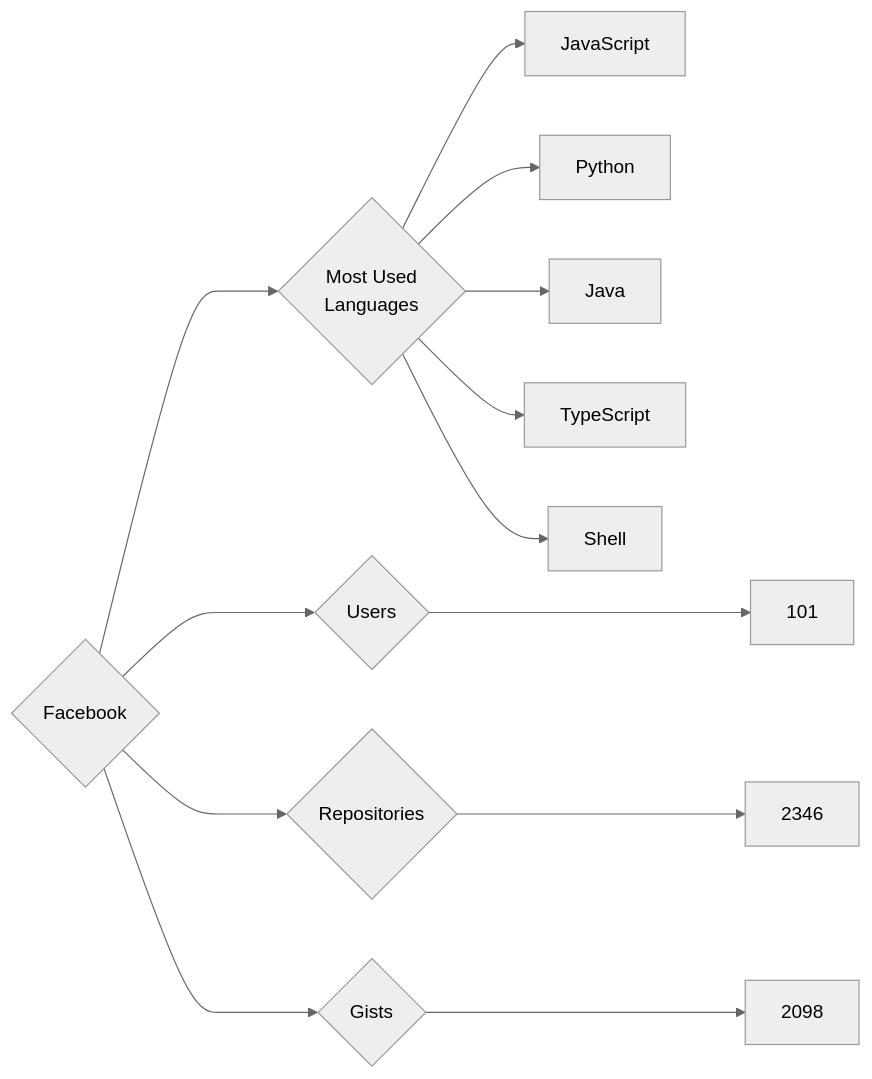
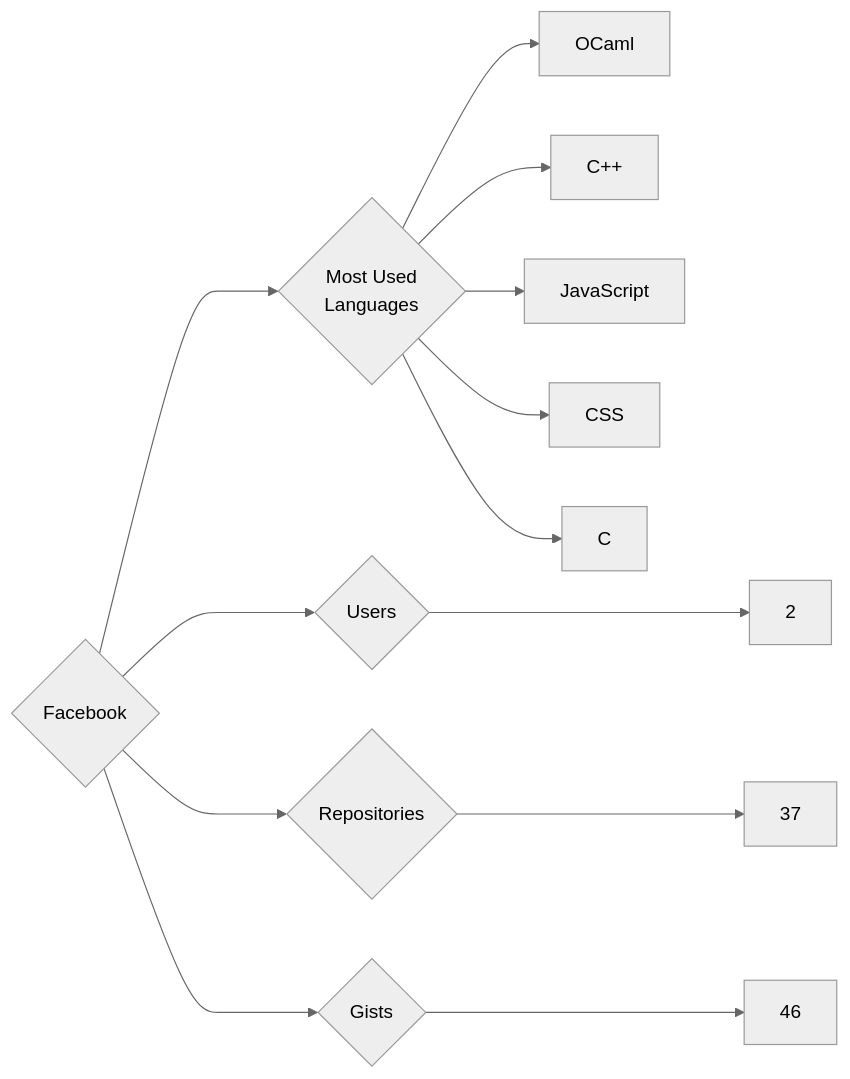
One commit to trickest/insiders changed the diagram in targets/Facebook/README.md. Above: the diagram before and after it, drawn with Mermaid (neutral theme). The commit also changed 934 other files, not shown here.

````diff
--- a/targets/Facebook/README.md
+++ b/targets/Facebook/README.md
@@ -3,13 +3,13 @@
 ```mermaid
 graph LR
 COMPANY_NAME{Facebook}
-COMPANY_NAME ---> U{Users} ---> UN[101]
-COMPANY_NAME ---> R{Repositories} ---> RN[2346]
-COMPANY_NAME ---> G{Gists} ---> GN[2098]
+COMPANY_NAME ---> U{Users} ---> UN[2]
+COMPANY_NAME ---> R{Repositories} ---> RN[37]
+COMPANY_NAME ---> G{Gists} ---> GN[46]
 COMPANY_NAME ---> ML{Most Used<br>Languages}
+ML --> OCaml[OCaml]
+ML --> C++[C++]
 ML --> JavaScript[JavaScript]
-ML --> Python[Python]
-ML --> Java[Java]
-ML --> TypeScript[TypeScript]
-ML --> Shell[Shell]
+ML --> CSS[CSS]
+ML --> C[C]
 ```
````
